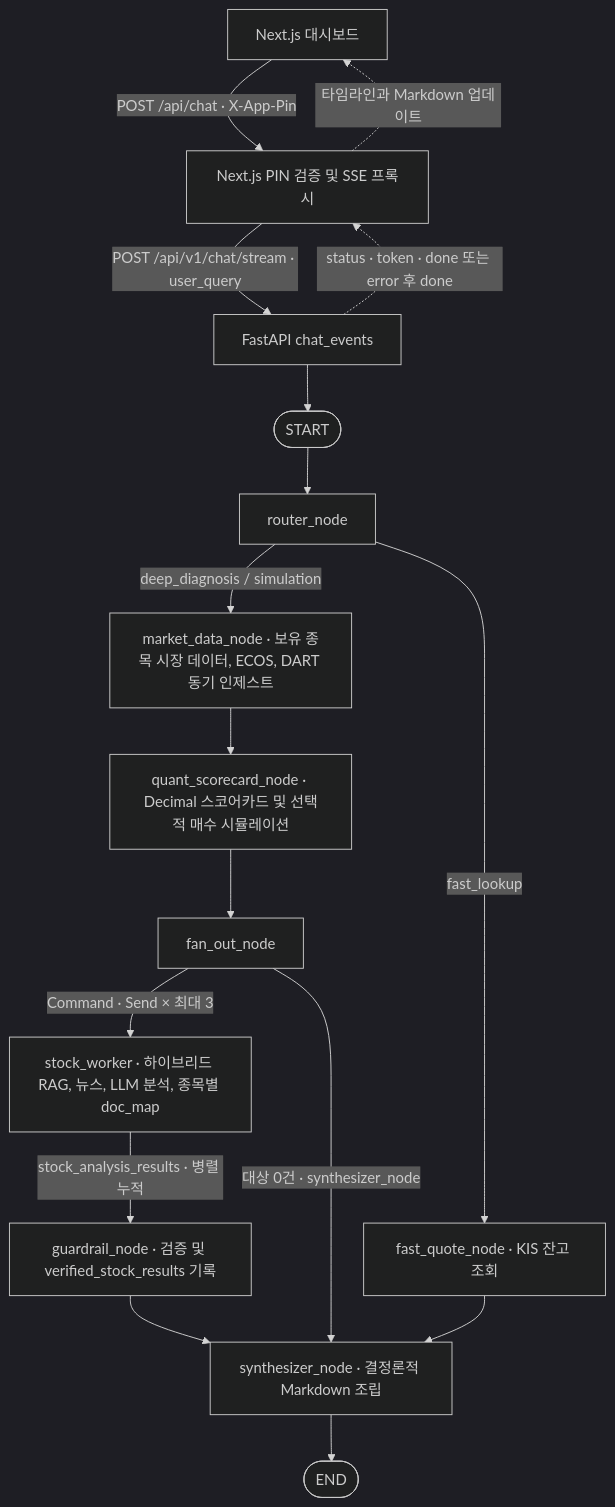
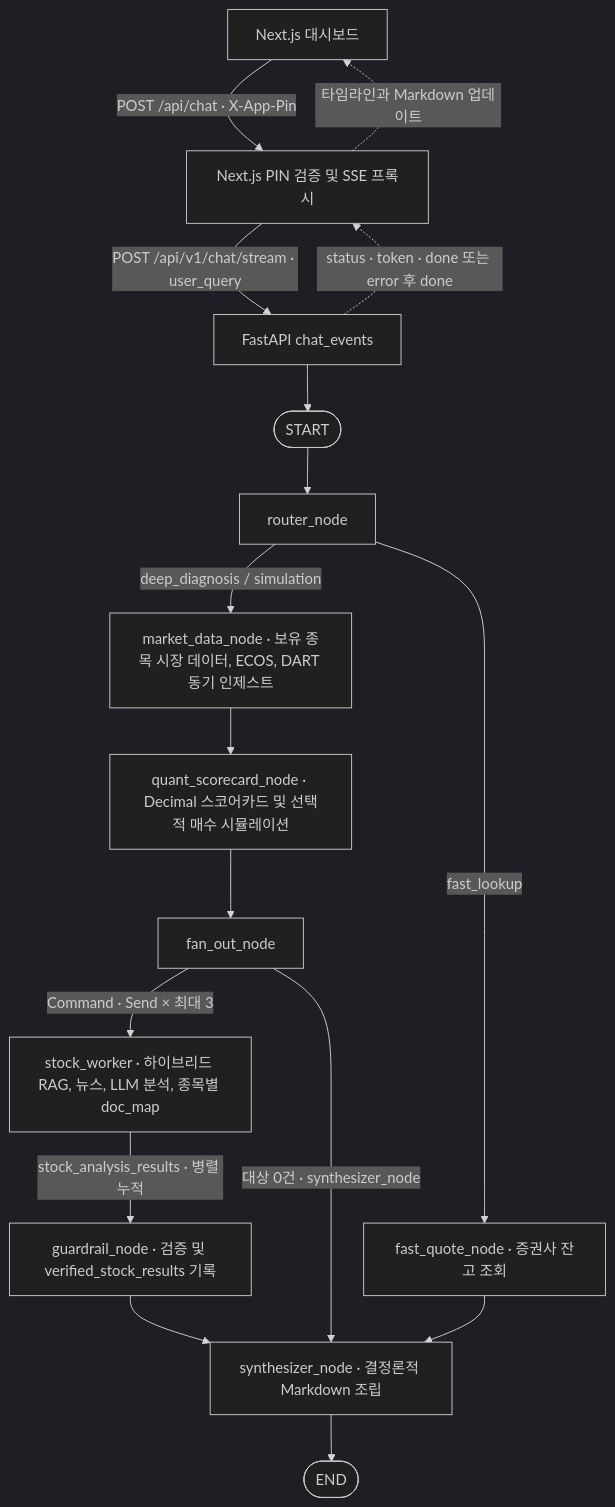
One commit to kimps005/finguard-ai changed the diagram in README.md. Above: the diagram before and after it, drawn with Mermaid (dark theme). The commit also changed other lines of this file and 15 other files, not shown here.

````diff
--- a/README.md
+++ b/README.md
@@ -15,19 +15,19 @@
 ```mermaid
 flowchart TD
     dashboard["Next.js 대시보드"] -->|"POST /api/chat · X-App-Pin"| proxy["Next.js PIN 검증 및 SSE 프록시"]
     proxy -->|"POST /api/v1/chat/stream · user_query"| http["FastAPI chat_events"]
     http --> startNode(["START"])
     startNode --> router["router_node"]
-    router -->|"fast_lookup"| fastQuote["fast_quote_node · KIS 잔고 조회"]
+    router -->|"fast_lookup"| fastQuote["fast_quote_node · 증권사 잔고 조회"]
     router -->|"deep_diagnosis / simulation"| market["market_data_node · 보유 종목 시장 데이터, ECOS, DART 동기 인제스트"]
     market --> quant["quant_scorecard_node · Decimal 스코어카드 및 선택적 매수 시뮬레이션"]
     quant --> fanOut["fan_out_node"]
     fanOut -->|"Command · Send × 최대 3"| stockWorker["stock_worker · 하이브리드 RAG, 뉴스, LLM 분석, 종목별 doc_map"]
     stockWorker -->|"stock_analysis_results · 병렬 누적"| guardrail["guardrail_node · 검증 및 verified_stock_results 기록"]
     guardrail --> synthesizer["synthesizer_node · 결정론적 Markdown 조립"]
     fanOut -->|"대상 0건 · synthesizer_node"| synthesizer
     fastQuote --> synthesizer
     synthesizer --> endNode(["END"])
     http -.->|"status · token · done 또는 error 후 done"| proxy
     proxy -.->|"타임라인과 Markdown 업데이트"| dashboard
 ```
````
